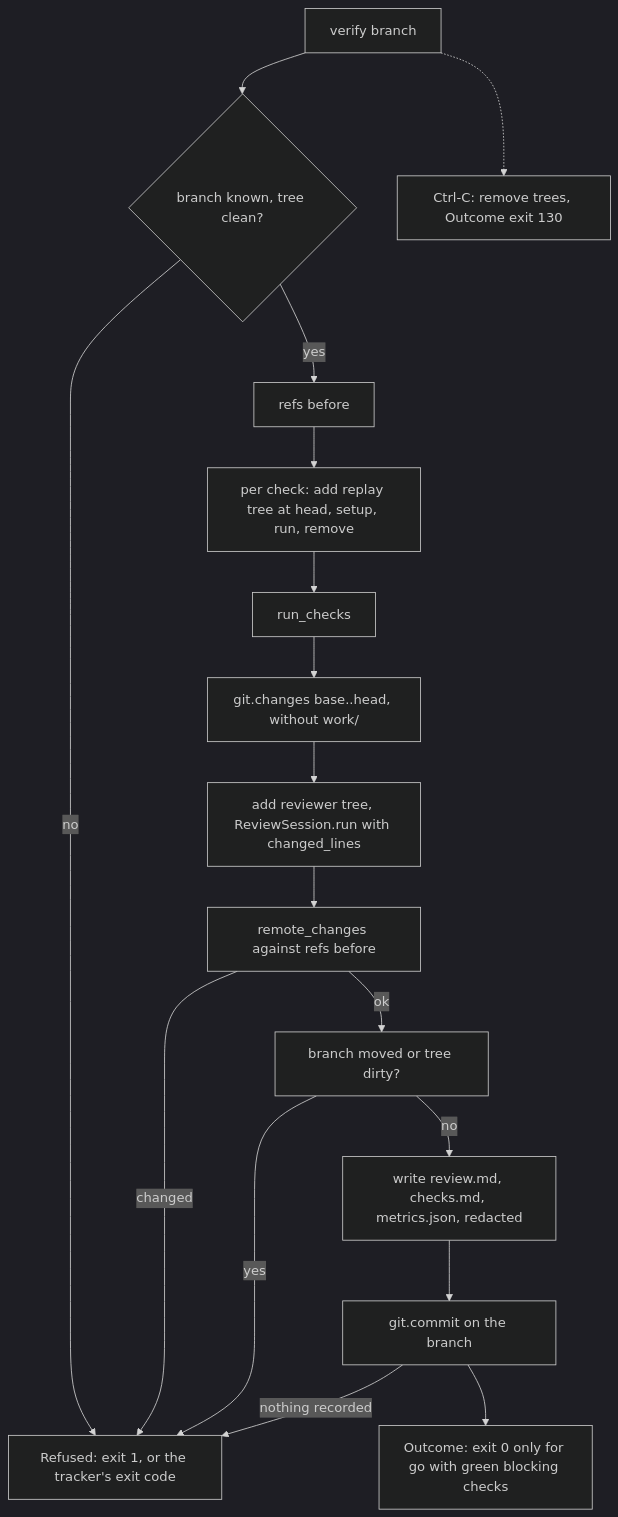
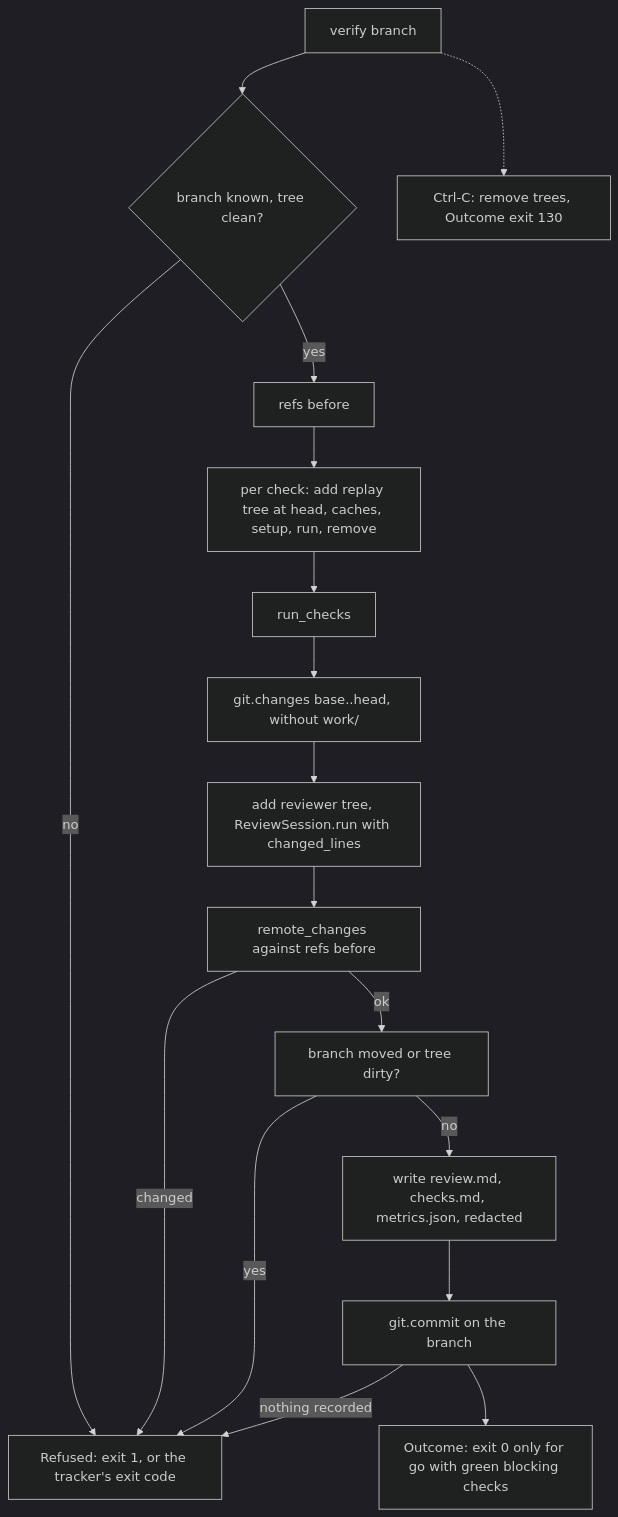
The first of 3 diagrams in docs/architecture/modules/verify.md (plaplanche/ariane), drawn with Mermaid (dark theme) before and after one commit. The commit also changed other lines of this file and 23 other files, not shown here.

````diff
--- a/docs/architecture/modules/verify.md
+++ b/docs/architecture/modules/verify.md
@@ -31,19 +32,19 @@
 ```mermaid
 flowchart TD
   A[verify branch] --> B{branch known, tree clean?}
   B -- no --> X[Refused: exit 1, or the tracker's exit code]
   B -- yes --> C[refs before]
-  C --> D[per check: add replay tree at head, setup, run, remove]
+  C --> D[per check: add replay tree at head, caches, setup, run, remove]
   D --> E[run_checks]
   E --> E2[git.changes base..head, without work/]
   E2 --> F[add reviewer tree, ReviewSession.run with changed_lines]
   F --> G[remote_changes against refs before]
   G -- changed --> X
   G -- ok --> H[branch moved or tree dirty?]
   H -- yes --> X
   H -- no --> I[write review.md, checks.md, metrics.json, redacted]
   I --> J[git.commit on the branch]
   J -- nothing recorded --> X
   J --> K[Outcome: exit 0 only for go with green blocking checks]
   A -.-> L[Ctrl-C: remove trees, Outcome exit 130]
 ```
````
